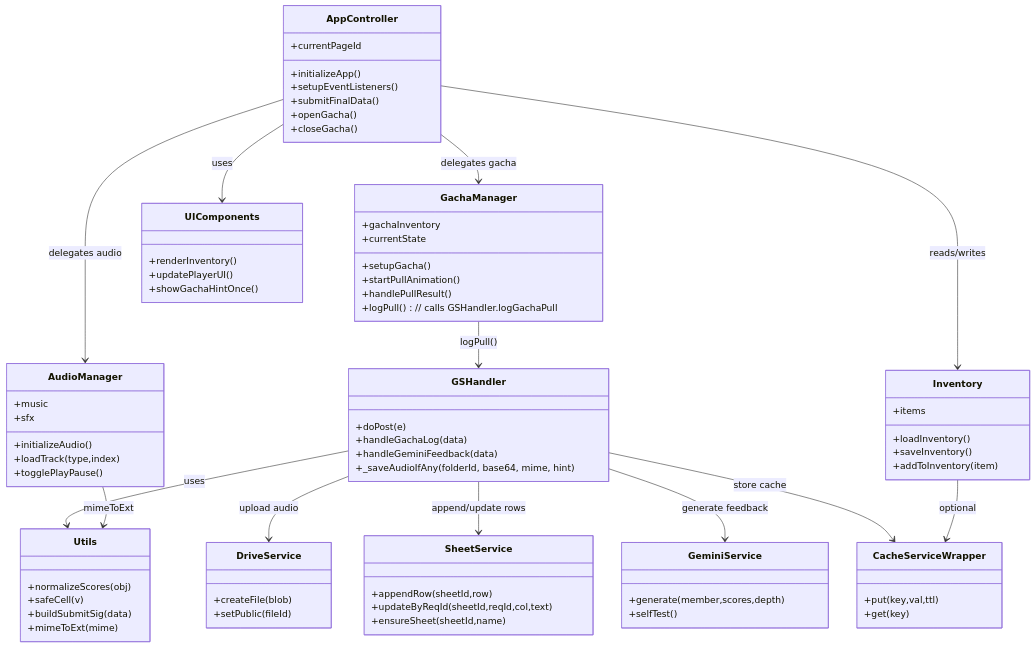
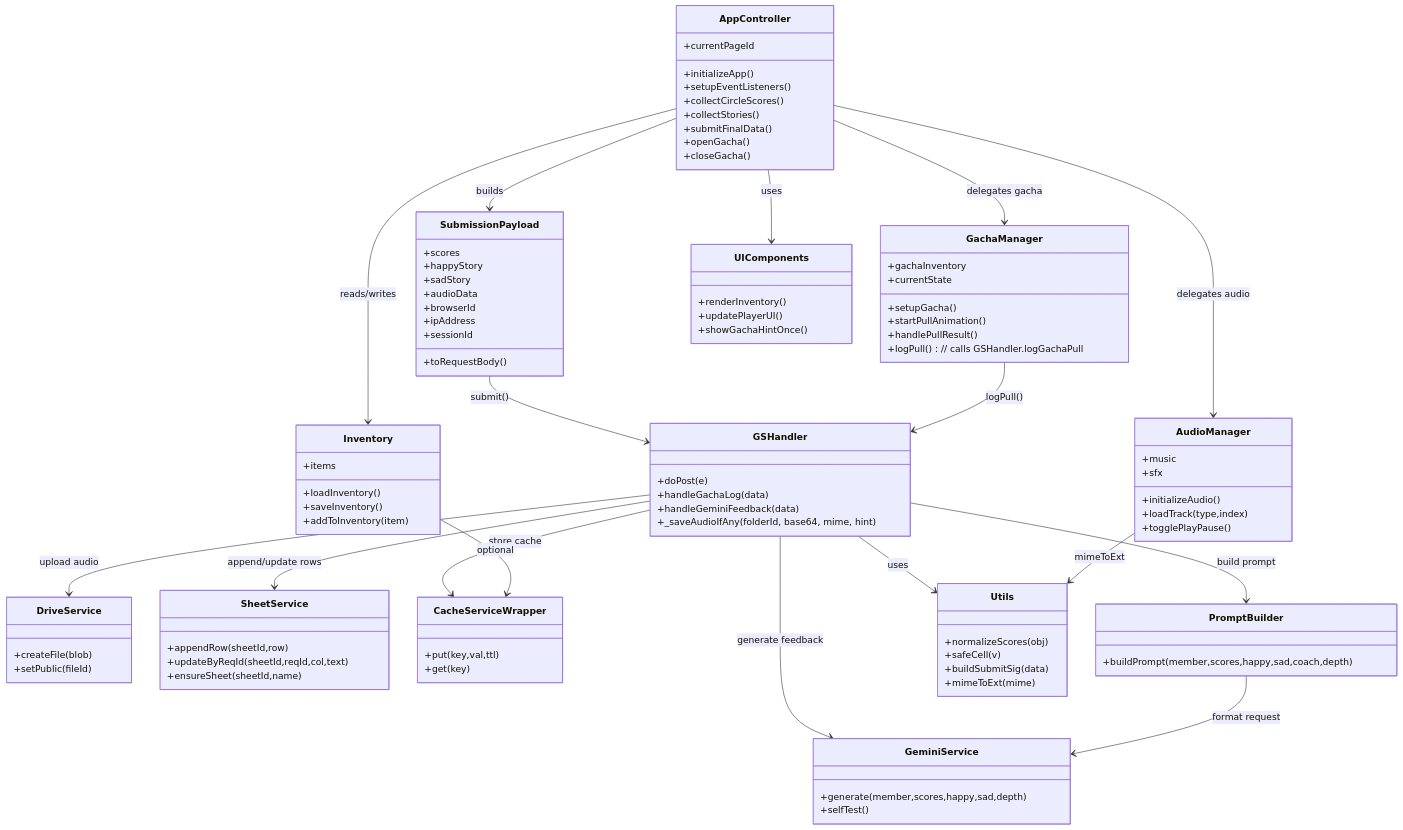
One commit to AndrerezaMedya/ini-ya-qeel changed the first of 3 diagrams in UML.md. Above: the diagram before and after it, drawn with Mermaid. The commit also changed other lines of this file, not shown here.

Commit message:
Revise UML diagram for SubmissionPayload and GSHandler
Updated UML diagram to reflect changes in class relationships and methods.

````diff
--- a/UML.md
+++ b/UML.md
@@ -15,6 +15,8 @@
       +currentPageId
       +initializeApp()
       +setupEventListeners()
+      +collectCircleScores()
+      +collectStories()
       +submitFinalData()
       +openGacha()
       +closeGacha()
@@ -42,6 +44,17 @@
       +loadInventory()
       +saveInventory()
       +addToInventory(item)
+    }
+
+    class SubmissionPayload {
+      +scores
+      +happyStory
+      +sadStory
+      +audioData
+      +browserId
+      +ipAddress
+      +sessionId
+      +toRequestBody()
     }
 
     class UIComponents {
@@ -75,8 +88,12 @@
     }
 
     class GeminiService {
-      +generate(member,scores,depth)
+      +generate(member,scores,happy,sad,depth)
       +selfTest()
+    }
+
+    class PromptBuilder {
+      +buildPrompt(member,scores,happy,sad,coach,depth)
     }
 
     %% Utilities
@@ -92,14 +109,18 @@
     AppController --> AudioManager : delegates audio
     AppController --> GachaManager : delegates gacha
     AppController --> Inventory : reads/writes
+    AppController --> SubmissionPayload : builds
 
+    SubmissionPayload --> GSHandler : submit()
     GachaManager --> GSHandler : logPull()
     GSHandler --> DriveService : upload audio
     GSHandler --> SheetService : append/update rows
     GSHandler --> GeminiService : generate feedback
     GSHandler --> CacheServiceWrapper : store cache
     GSHandler --> Utils : uses
+    GSHandler --> PromptBuilder : build prompt
+    PromptBuilder --> GeminiService : format request
 
-  AudioManager --> Utils : mimeToExt
-  Inventory --> CacheServiceWrapper : optional
+    AudioManager --> Utils : mimeToExt
+    Inventory --> CacheServiceWrapper : optional
 ```
````
